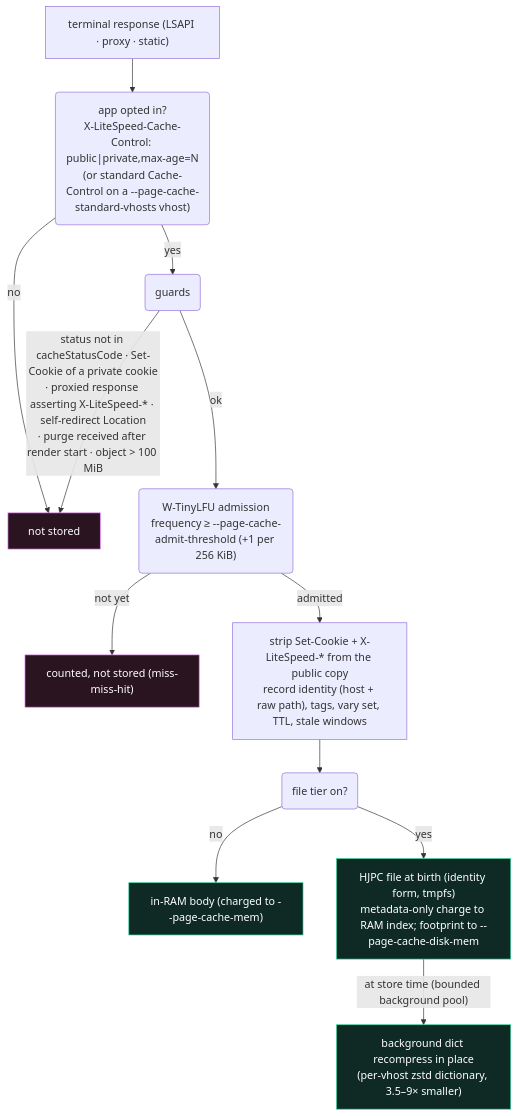
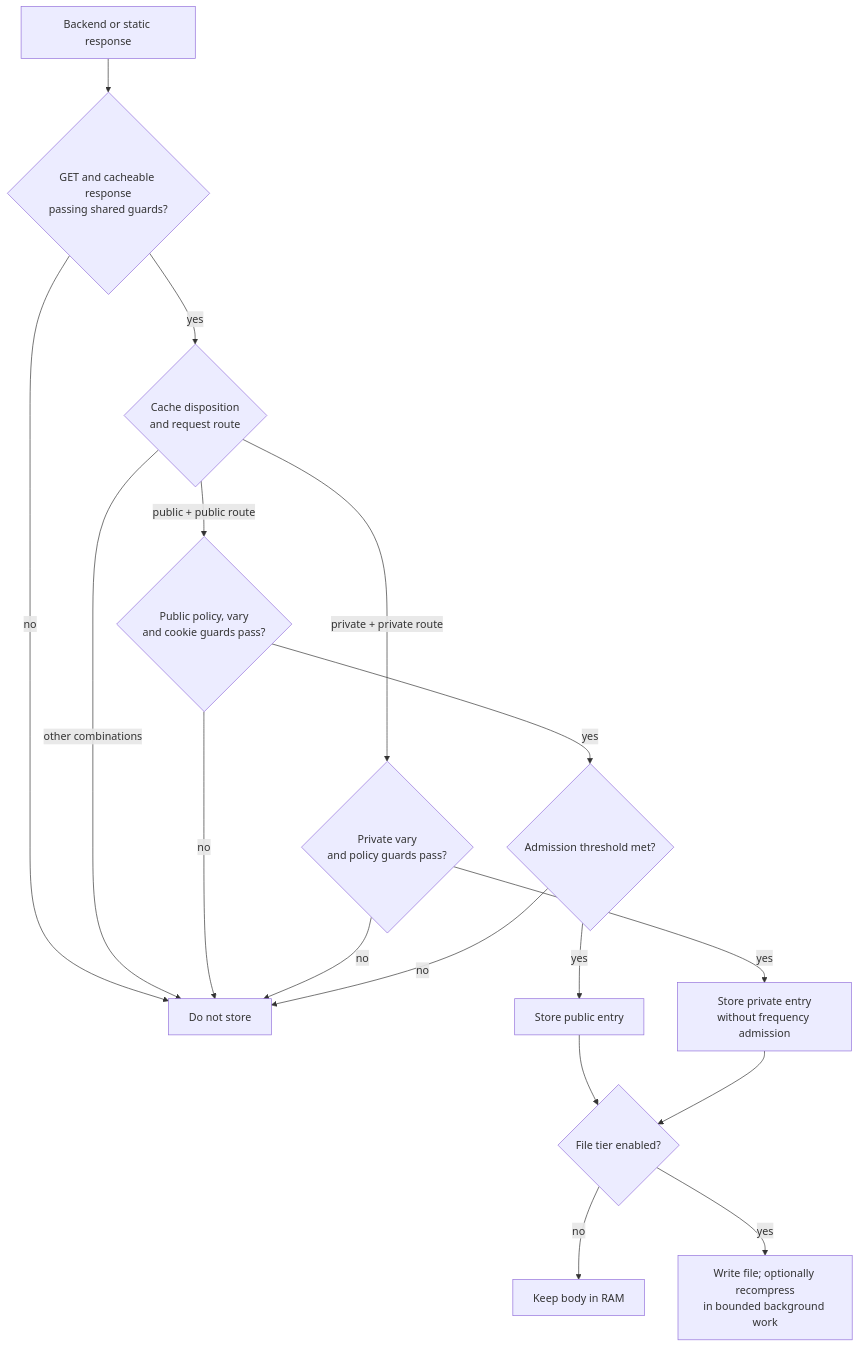
One commit to faratech/httpjet-site changed the diagram in docs-src/diagrams/cache-store.mmd. Above: the diagram before and after it, drawn with Mermaid. The commit also changed 137 other files, not shown here.

Commit message:
Clarify documentation and update cache diagrams

```diff
--- a/docs-src/diagrams/cache-store.mmd
+++ b/docs-src/diagrams/cache-store.mmd
@@ -1,15 +1,18 @@
 flowchart TB
-  classDef bad fill:#2a1420,stroke:#e879f9,color:#fff
-  classDef ok fill:#0f2a24,stroke:#34d399,color:#fff
-  A["terminal response (LSAPI · proxy · static)"] --> B("app opted in?<br/>X-LiteSpeed-Cache-Control: public|private,max-age=N<br/>(or standard Cache-Control on a --page-cache-standard-vhosts vhost)")
-  B -- no --> N["not stored"]:::bad
-  B -- yes --> C("guards")
-  C -- "status not in cacheStatusCode · Set-Cookie of a private cookie<br/>· proxied response asserting X-LiteSpeed-* · self-redirect Location<br/>· purge received after render start · object > 100 MiB" --> N
-  C -- ok --> D("W-TinyLFU admission<br/>frequency ≥ --page-cache-admit-threshold (+1 per 256 KiB)")
-  D -- "not yet" --> N2["counted, not stored (miss-miss-hit)"]:::bad
-  D -- admitted --> E["strip Set-Cookie + X-LiteSpeed-* from the public copy<br/>record identity (host + raw path), tags, vary set, TTL, stale windows"]
-  E --> F("file tier on?")
-  F -- no --> G["in-RAM body (charged to --page-cache-mem)"]:::ok
-  F -- yes --> H["HJPC file at birth (identity form, tmpfs)<br/>metadata-only charge to RAM index; footprint to --page-cache-disk-mem"]:::ok
-  H -- "at store time (bounded background pool)" --> I["background dict recompress in place<br/>(per-vhost zstd dictionary, 3.5–9× smaller)"]:::ok
+  A["Backend or static response"] --> B{"GET and cacheable response<br/>passing shared guards?"}
+  B -- no --> N["Do not store"]
+  B -- yes --> C{"Cache disposition<br/>and request route"}
+  C -- "public + public route" --> P{"Public policy, vary<br/>and cookie guards pass?"}
+  C -- "private + private route" --> Q{"Private vary<br/>and policy guards pass?"}
+  C -- "other combinations" --> N
+  P -- no --> N
+  Q -- no --> N
+  P -- yes --> D{"Admission threshold met?"}
+  D -- no --> N
+  D -- yes --> STORE["Store public entry"]
+  Q -- yes --> PRIV["Store private entry<br/>without frequency admission"]
+  STORE --> F{"File tier enabled?"}
+  PRIV --> F
+  F -- no --> RAM["Keep body in RAM"]
+  F -- yes --> FILE["Write file; optionally recompress<br/>in bounded background work"]
   click D "page-cache.html#admission"
```
